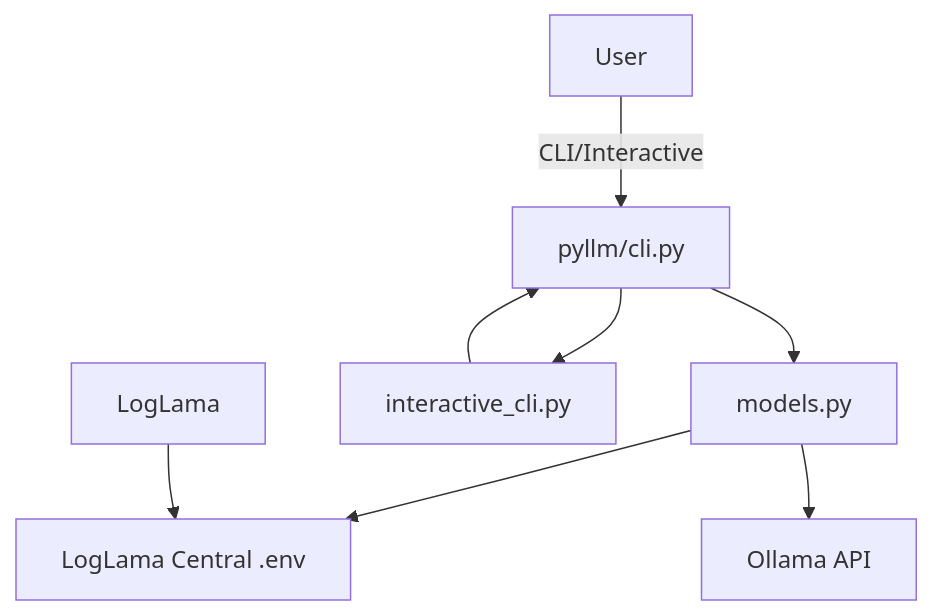
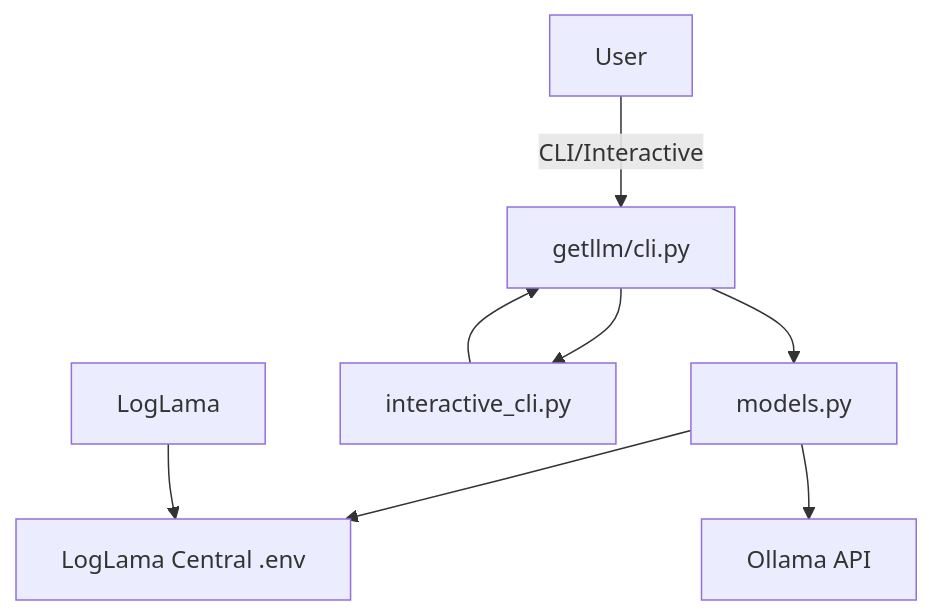
The first of 2 diagrams in README.md (py-lama/getllm), drawn with Mermaid before and after one commit. The commit also changed other lines of this file and 20 other files, not shown here.

````diff
--- a/README.md
+++ b/README.md
@@ -30,10 +30,10 @@
 ```mermaid
 graph TD
-    A[User] -->|CLI/Interactive| B[pyllm/cli.py]
+    A[User] -->|CLI/Interactive| B[getllm/cli.py]
     B --> C[models.py]
     B --> D[interactive_cli.py]
     C --> E[LogLama Central .env]
     C --> F[Ollama API]
     D --> B
     G[LogLama] --> E
 ```
````
